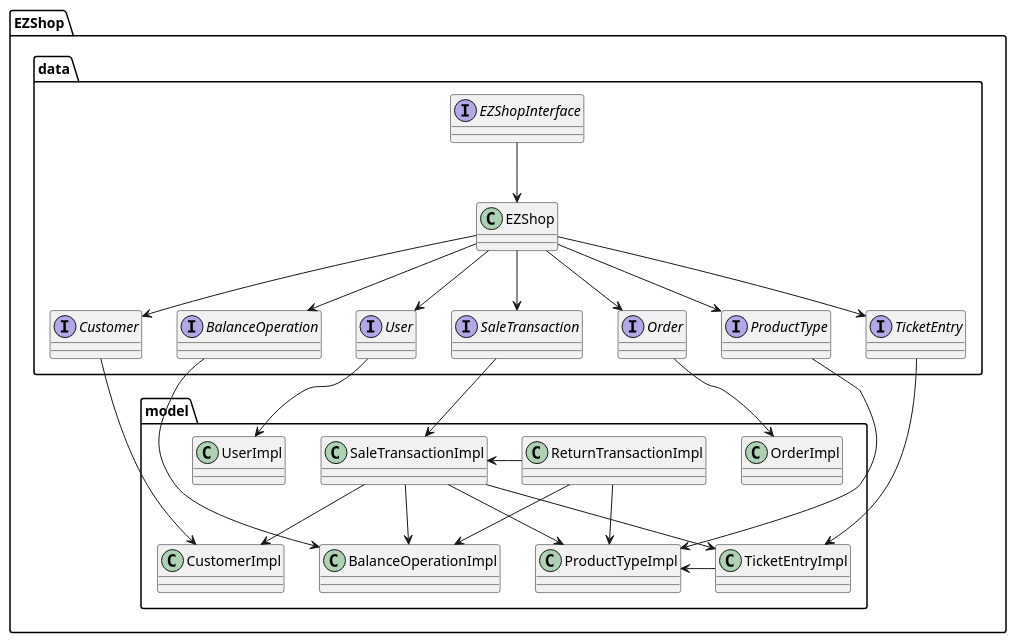
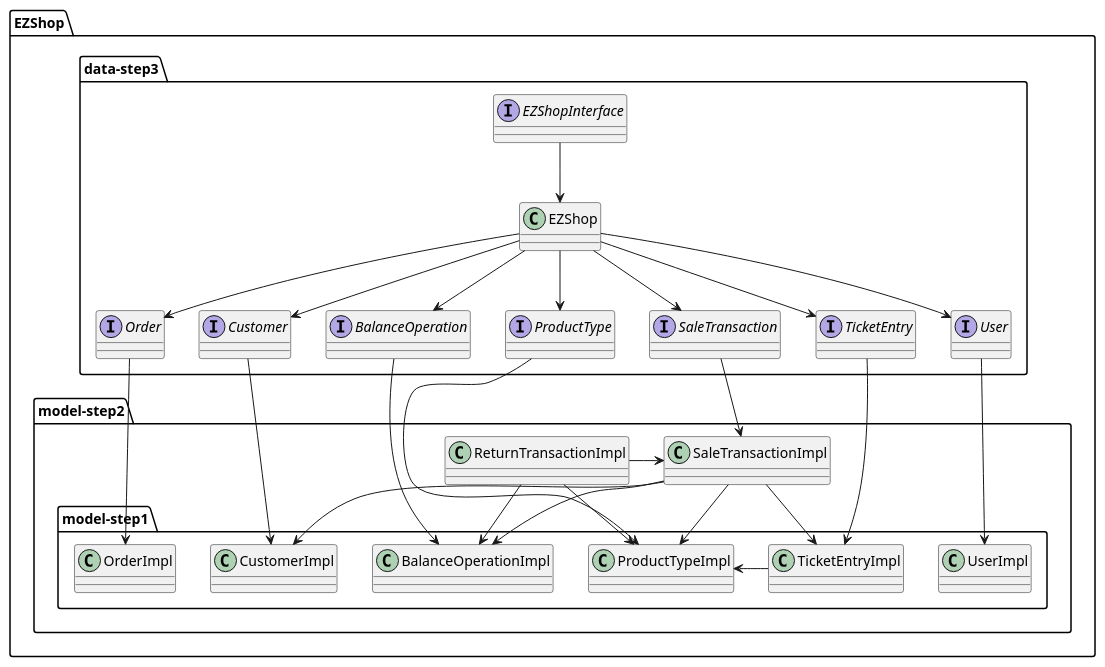
Before and after one commit to gioele-scaletta/EZShop-Software-Engineering-Project: the diagram in Deliverables/IntegrationAPITestReport.md, drawn with PlantUML. The commit also changed other lines of this file, not shown here.

````diff
--- a/Deliverables/IntegrationAPITestReport.md
+++ b/Deliverables/IntegrationAPITestReport.md
@@ -28,60 +28,65 @@
 ```plantuml
 
 package "EZShop" 
 {
 
-    package "data"{
+    package "data-step3"{
 
         class EZShop
         interface "EZShopInterface"
         interface "Customer"
         interface "BalanceOperation"
         interface "Order"
         interface "ProductType"
         interface "SaleTransaction"
         interface "TicketEntry"
         interface "User"
 
         EZShopInterface  -down-> EZShop
         EZShop -down-> Customer
         EZShop -down-> BalanceOperation
         EZShop -down-> Order
         EZShop -down-> ProductType
         EZShop -down-> SaleTransaction
         EZShop -down-> TicketEntry
         EZShop -down-> User
 
     }
 
-    package "model"{
+    package "model-step2"{
 
+        package "model-step1" {
         class "CustomerImpl"
         class "BalanceOperationImpl"
         class "OrderImpl"
-        class "ProductTypeImpl"
-        class "SaleTransactionImpl"
-        class "ReturnTransactionImpl"
+        class "ProductTypeImpl"  
         class "TicketEntryImpl"
         class "UserImpl"
+        
+        
+        
+        }
+         class "SaleTransactionImpl"
+        class "ReturnTransactionImpl"
 
         Customer -down-> CustomerImpl
         BalanceOperation -down-> BalanceOperationImpl
         Order -down-> OrderImpl
         ProductType -down-> ProductTypeImpl
         SaleTransaction -down-> SaleTransactionImpl
         TicketEntry -down-> TicketEntryImpl
         User -down-> UserImpl
     }
 
     ReturnTransactionImpl -> BalanceOperationImpl
     ReturnTransactionImpl -> SaleTransactionImpl
     ReturnTransactionImpl -> ProductTypeImpl
     SaleTransactionImpl -down-> BalanceOperationImpl
     SaleTransactionImpl -down-> TicketEntryImpl
     SaleTransactionImpl -down-> CustomerImpl
     SaleTransactionImpl -down-> ProductTypeImpl
     TicketEntryImpl -> ProductTypeImpl
 
 }
 
 ```
````
